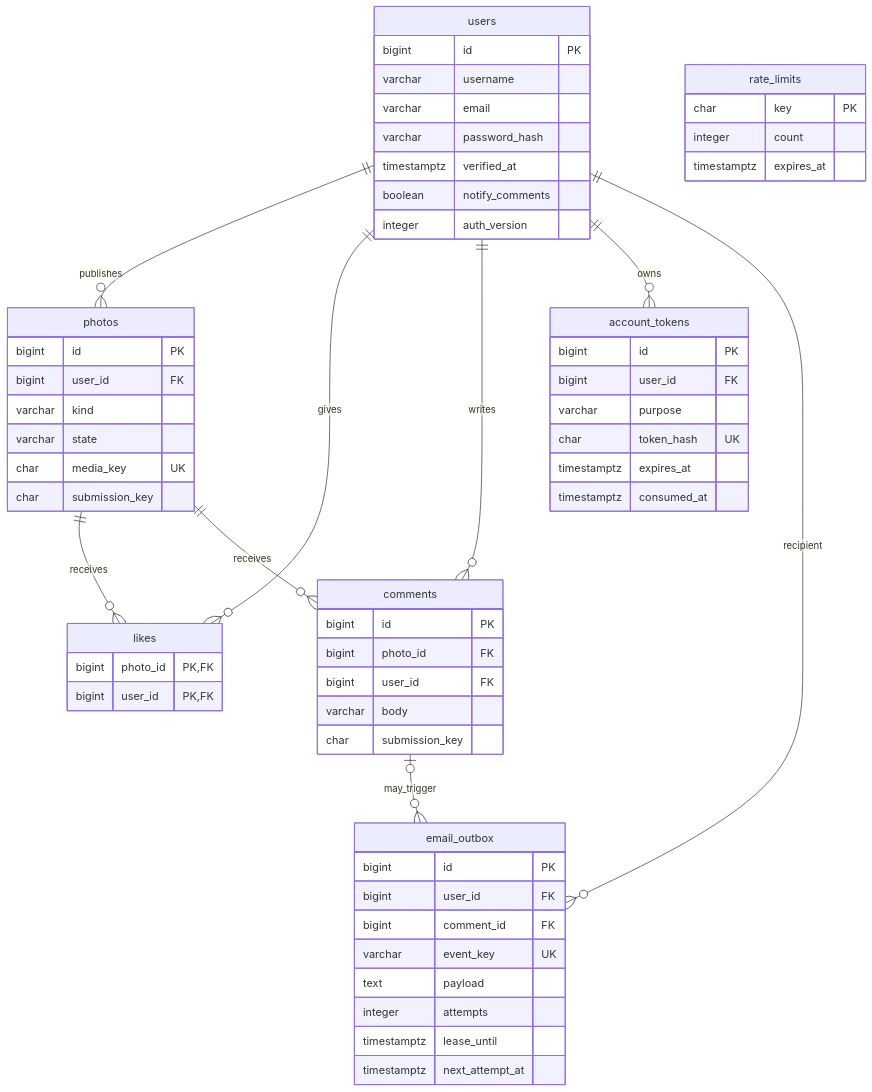
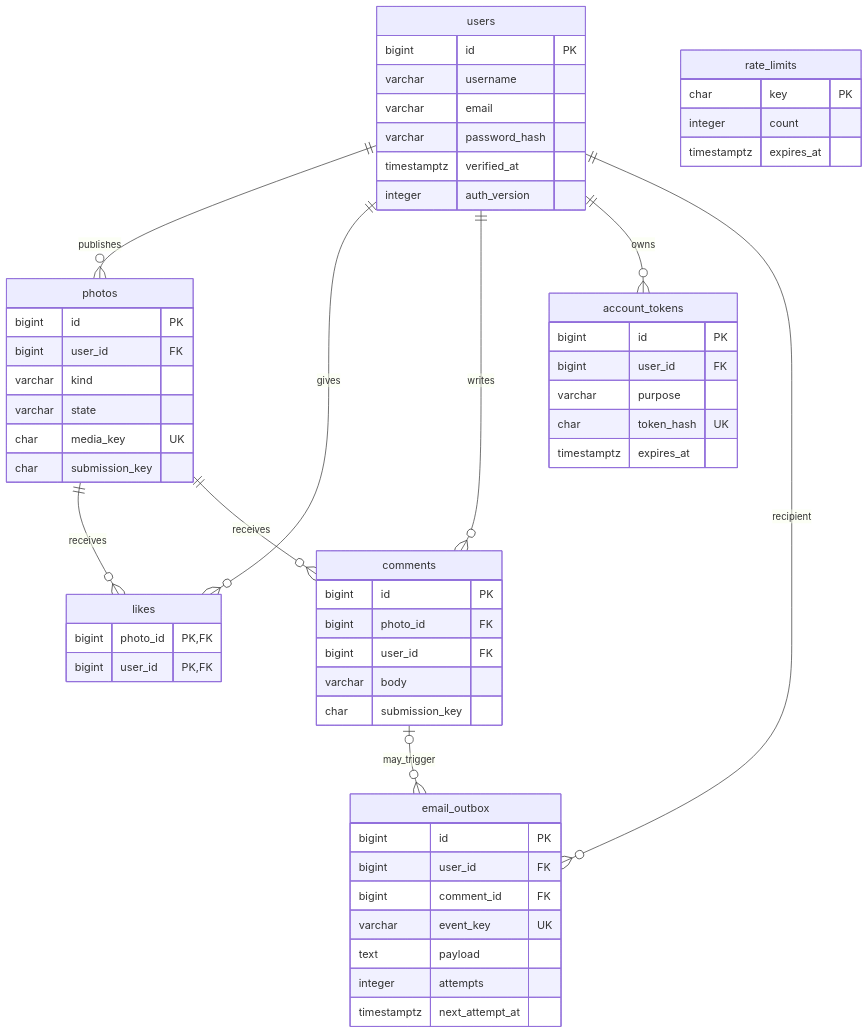
The seventh of 8 diagrams in ARCHITECTURE.md (mtellami/camagru), drawn with Mermaid before and after one commit. The commit also changed other lines of this file and 53 other files, not shown here.

````diff
--- a/ARCHITECTURE.md
+++ b/ARCHITECTURE.md
@@ -264,62 +284,59 @@
 ```mermaid
 erDiagram
     users ||--o{ photos : publishes
     users ||--o{ likes : gives
     users ||--o{ comments : writes
     photos ||--o{ likes : receives
     photos ||--o{ comments : receives
     users ||--o{ account_tokens : owns
     users ||--o{ email_outbox : recipient
     comments o|--o{ email_outbox : may_trigger
     users {
         bigint id PK
         varchar username
         varchar email
         varchar password_hash
         timestamptz verified_at
-        boolean notify_comments
         integer auth_version
     }
     photos {
         bigint id PK
         bigint user_id FK
         varchar kind
         varchar state
         char media_key UK
         char submission_key
     }
     likes {
         bigint photo_id PK,FK
         bigint user_id PK,FK
     }
     comments {
         bigint id PK
         bigint photo_id FK
         bigint user_id FK
         varchar body
         char submission_key
     }
     account_tokens {
         bigint id PK
         bigint user_id FK
         varchar purpose
         char token_hash UK
         timestamptz expires_at
-        timestamptz consumed_at
     }
     email_outbox {
         bigint id PK
         bigint user_id FK
         bigint comment_id FK
         varchar event_key UK
         text payload
         integer attempts
-        timestamptz lease_until
         timestamptz next_attempt_at
     }
     rate_limits {
         char key PK
         integer count
         timestamptz expires_at
     }
 ```
````
